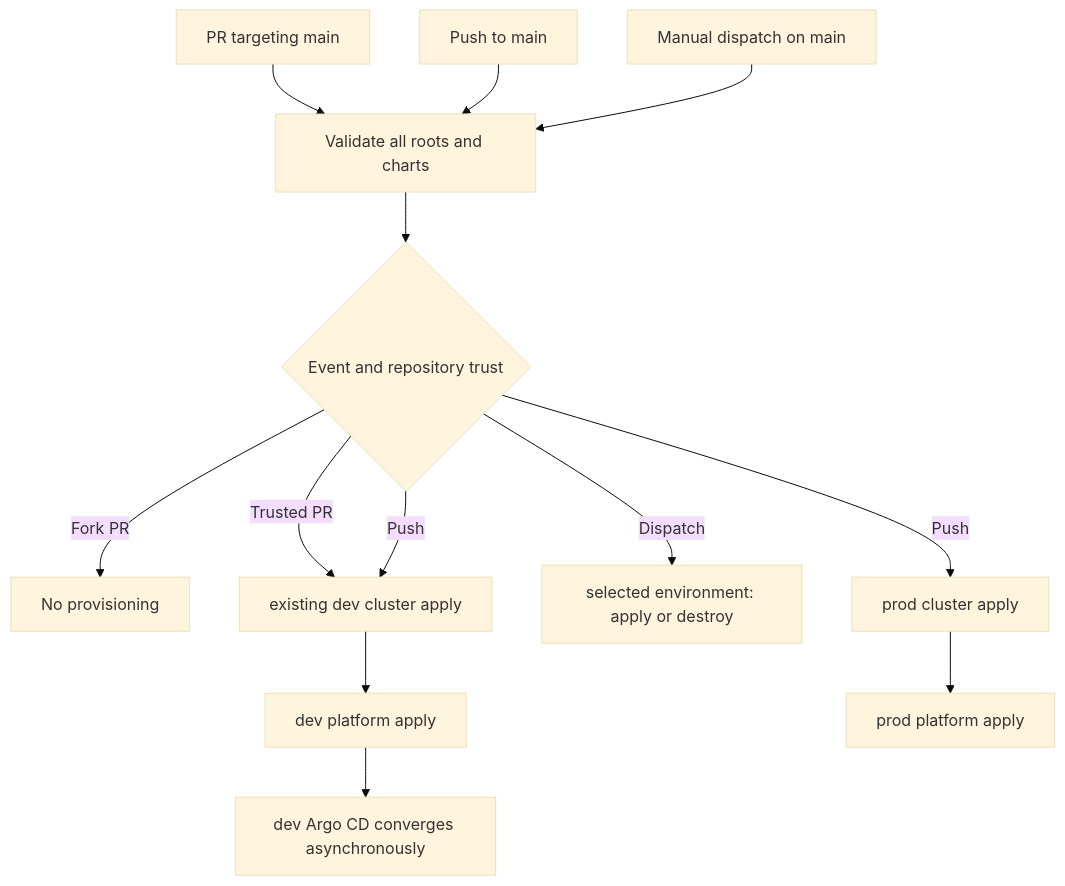
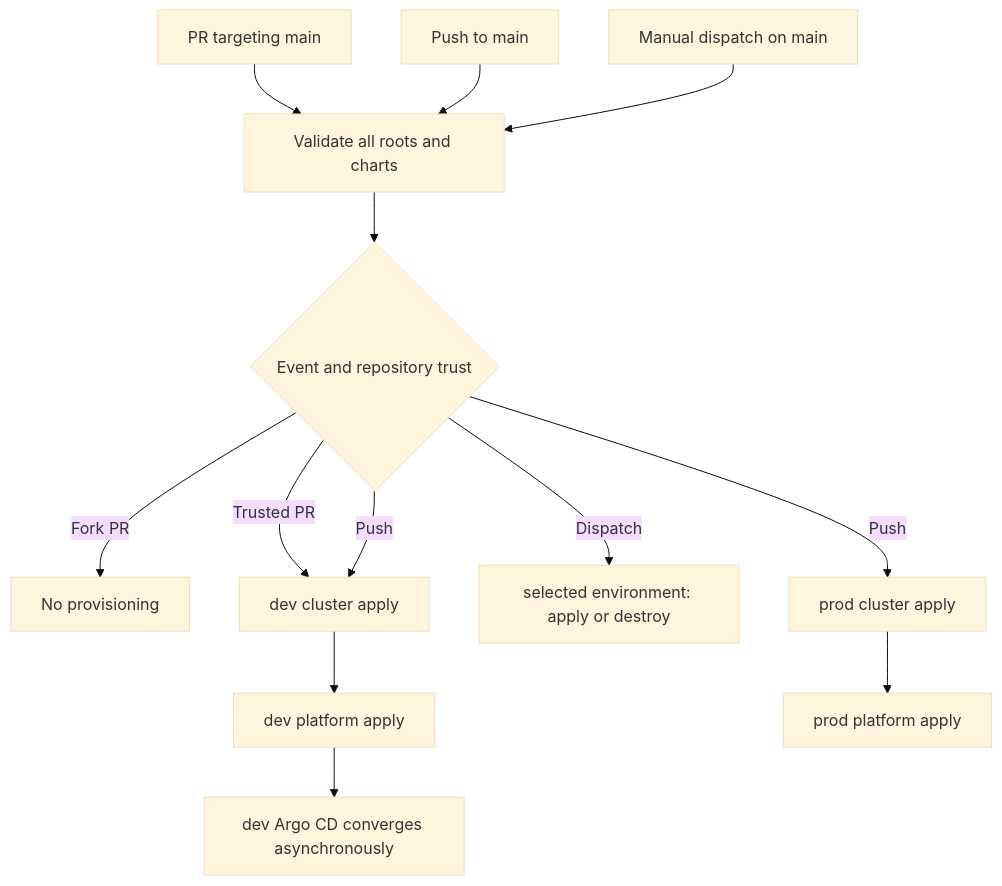
One commit to phuchoang2603/talos-proxmox changed the second of 2 diagrams in docs/architecture/terraform-ci.md. Above: the diagram before and after it, drawn with Mermaid (base theme). The commit also changed other lines of this file and 46 other files, not shown here.

Commit message:
Restore independent dev bursting and consolidate platform charts

````diff
--- a/docs/architecture/terraform-ci.md
+++ b/docs/architecture/terraform-ci.md
@@ -36,15 +36,15 @@
 ```mermaid
 flowchart TD
     PR["PR targeting main"] --> Lint["Validate all roots and charts"]
     Push["Push to main"] --> Lint
     Dispatch["Manual dispatch on main"] --> Lint
     Lint --> Trigger{"Event and repository trust"}
     Trigger -->|"Fork PR"| Done["No provisioning"]
     Trigger -->|"Trusted PR"| DevCluster
-    Trigger -->|"Push"| DevCluster["existing dev cluster apply"]
+    Trigger -->|"Push"| DevCluster["dev cluster apply"]
     Trigger -->|"Dispatch"| Selected["selected environment: apply or destroy"]
     DevCluster --> DevPlatform["dev platform apply"]
     DevPlatform --> DevArgo["dev Argo CD converges asynchronously"]
     Trigger -->|"Push"| ProdCluster["prod cluster apply"]
     ProdCluster --> ProdPlatform["prod platform apply"]
 ```
````
